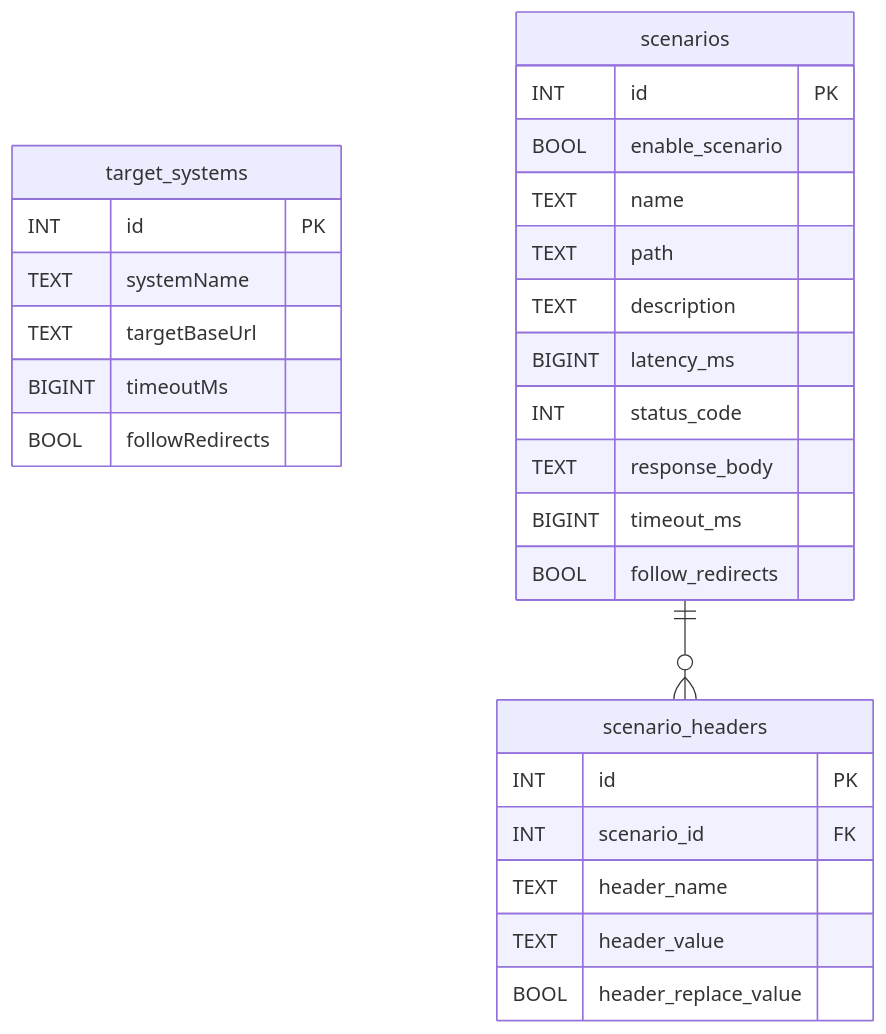
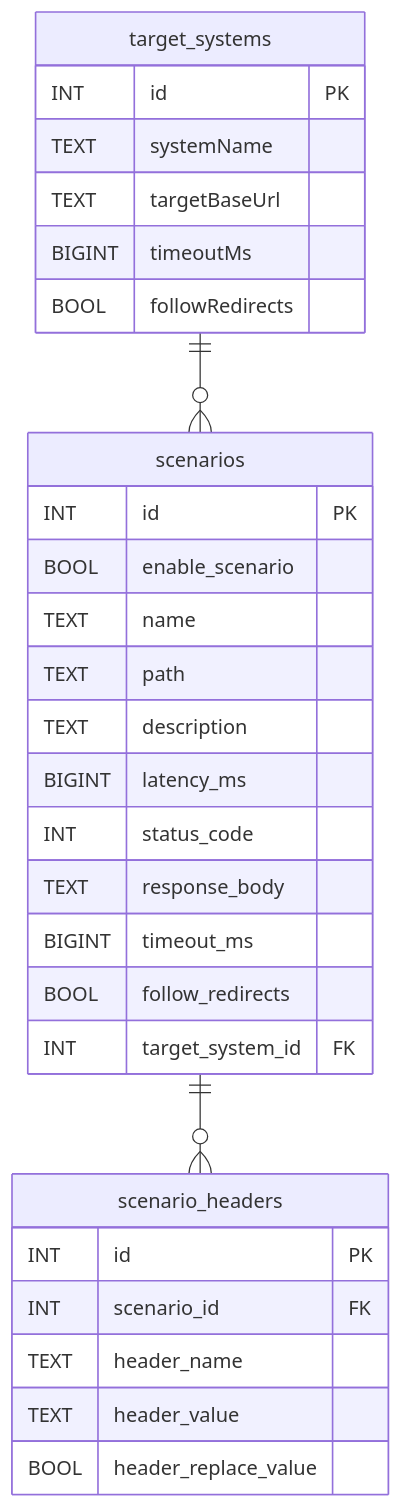
One commit to patrickfust/network-simulator changed the diagram in backend/README.md. Above: the diagram before and after it, drawn with Mermaid. The commit also changed 14 other files, not shown here.

````diff
--- a/backend/README.md
+++ b/backend/README.md
@@ -102,31 +102,33 @@
 ```mermaid
 erDiagram
 target_systems {
     INT id PK
     TEXT systemName
     TEXT targetBaseUrl
     BIGINT timeoutMs
     BOOL followRedirects
 }
+    target_systems ||--o{ scenarios : ""
 scenarios {
     INT id PK
     BOOL enable_scenario
     TEXT name
     TEXT path
     TEXT description
     BIGINT latency_ms
     INT status_code
     TEXT response_body
     BIGINT timeout_ms
     BOOL follow_redirects
+    INT target_system_id FK
 }
     scenarios ||--o{ scenario_headers : ""
 scenario_headers {
     INT id PK
     INT scenario_id FK
     TEXT header_name
     TEXT header_value
     BOOL header_replace_value
 }
 
 ```
````
